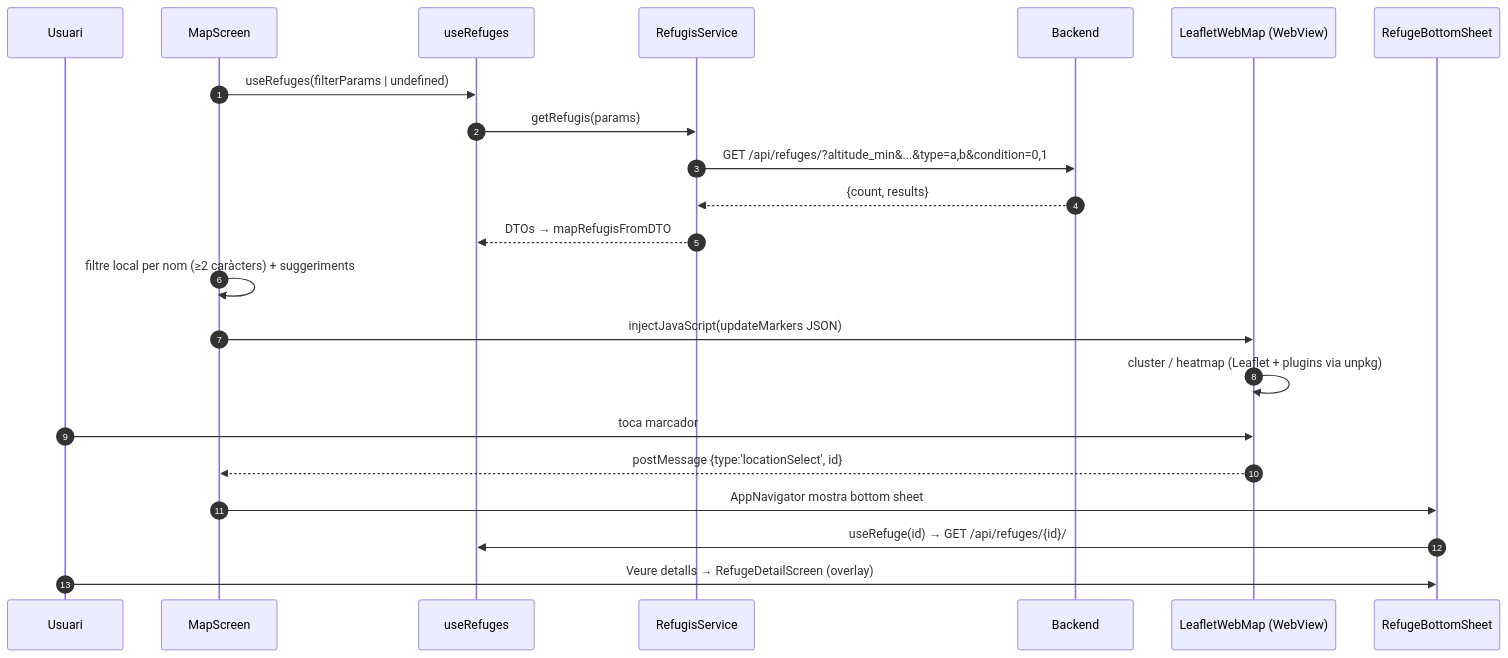
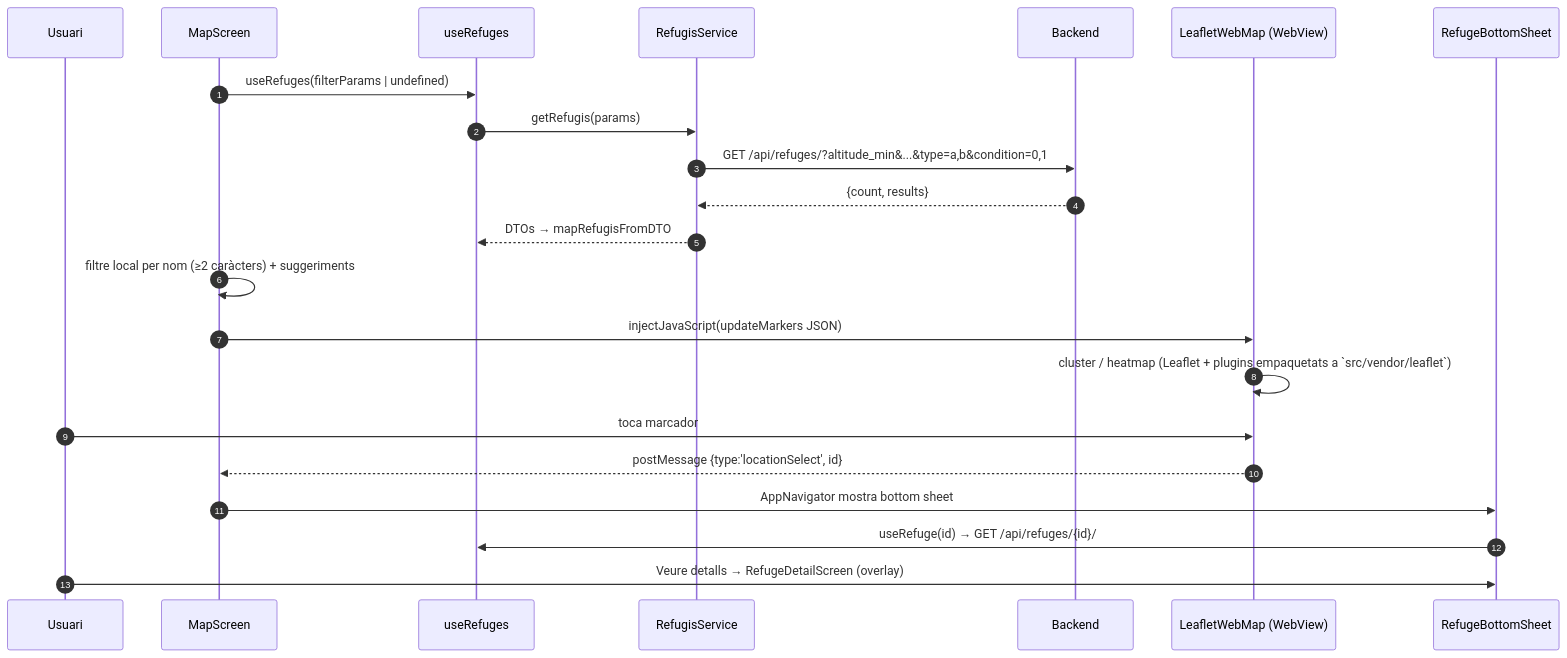
Before and after one commit to jordirev/RefugisLliures_Frontend: the first of 2 diagrams in docs/flows/07-map-search-filters.md, drawn with Mermaid. The commit also changed other lines of this file and 14 other files, not shown here.

Commit message:
chore(privacitat): Leaflet empaquetat (sense unpkg), docs de tiles i imatges per defecte dels refugis

````diff
--- a/docs/flows/07-map-search-filters.md
+++ b/docs/flows/07-map-search-filters.md
@@ -19,25 +19,25 @@
 ```mermaid
 sequenceDiagram
     autonumber
     participant U as Usuari
     participant MS as MapScreen
     participant H as useRefuges
     participant S as RefugisService
     participant BE as Backend
     participant W as LeafletWebMap (WebView)
     participant BS as RefugeBottomSheet
 
     MS->>H: useRefuges(filterParams | undefined)
     H->>S: getRefugis(params)
     S->>BE: GET /api/refuges/?altitude_min&...&type=a,b&condition=0,1
     BE-->>S: {count, results}
     S-->>H: DTOs → mapRefugisFromDTO
     MS->>MS: filtre local per nom (≥2 caràcters) + suggeriments
     MS->>W: injectJavaScript(updateMarkers JSON)
-    W->>W: cluster / heatmap (Leaflet + plugins via unpkg)
+    W->>W: cluster / heatmap (Leaflet + plugins empaquetats a `src/vendor/leaflet`)
     U->>W: toca marcador
     W-->>MS: postMessage {type:'locationSelect', id}
     MS->>BS: AppNavigator mostra bottom sheet
     BS->>H: useRefuge(id) → GET /api/refuges/{id}/
     U->>BS: Veure detalls → RefugeDetailScreen (overlay)
 ```
````
